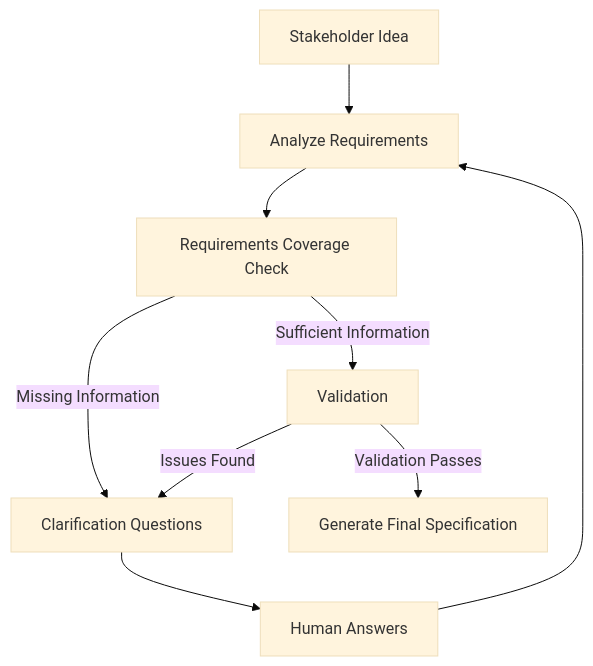
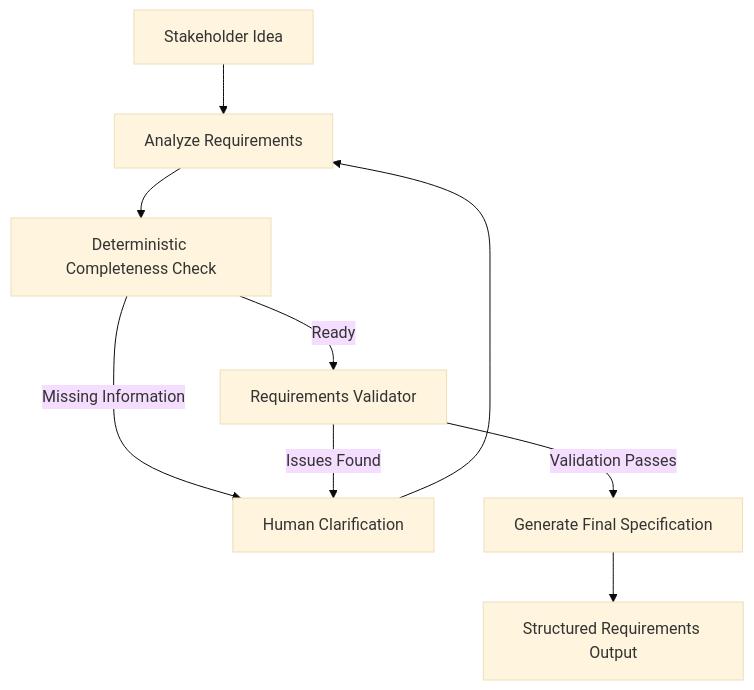
The second of 2 diagrams in README.md (nithikeshreddy/requirements-collection-agent), drawn with Mermaid (base theme) before and after one commit. The commit also changed other lines of this file, not shown here.

````diff
--- a/README.md
+++ b/README.md
@@ -74,11 +605,17 @@
 ```mermaid
 flowchart TD
     A[Stakeholder Idea] --> B[Analyze Requirements]
-    B --> C[Requirements Coverage Check]
-    C -->|Missing Information| D[Clarification Questions]
-    D --> E[Human Answers]
-    E --> B
-    C -->|Sufficient Information| F[Validation]
-    F -->|Issues Found| D
-    F -->|Validation Passes| G[Generate Final Specification]
+
+    B --> C[Deterministic Completeness Check]
+
+    C -->|Missing Information| D[Human Clarification]
+    D --> B
+
+    C -->|Ready| E[Requirements Validator]
+
+    E -->|Issues Found| D
+
+    E -->|Validation Passes| F[Generate Final Specification]
+
+    F --> G[Structured Requirements Output]
 ```
````
